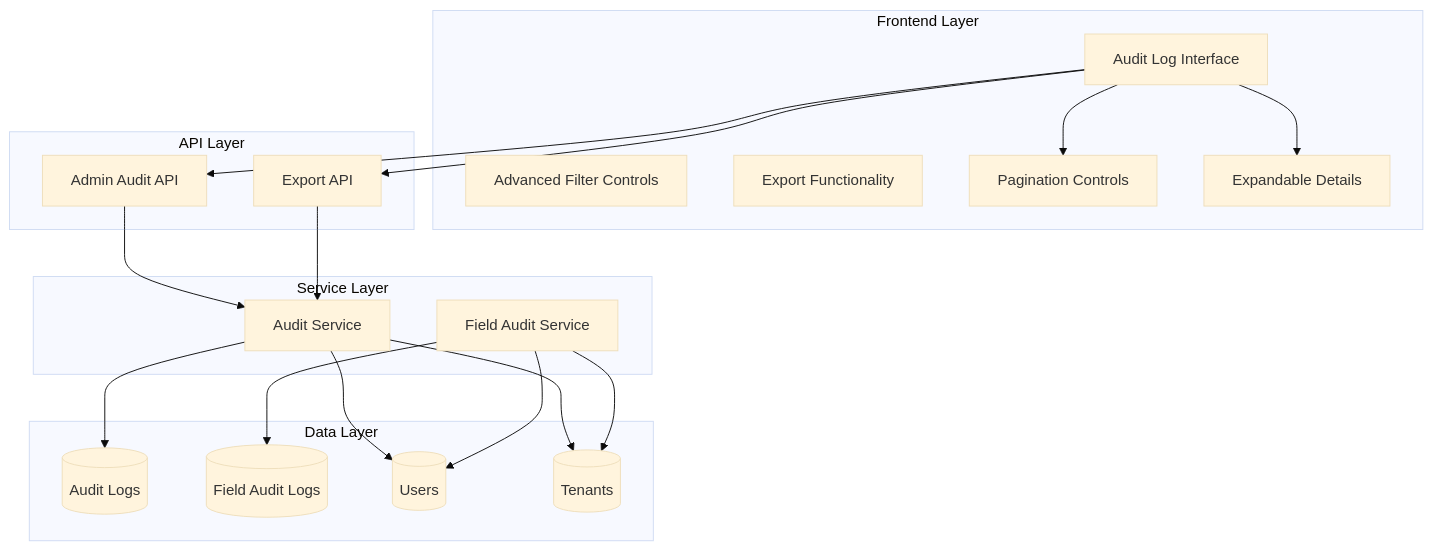
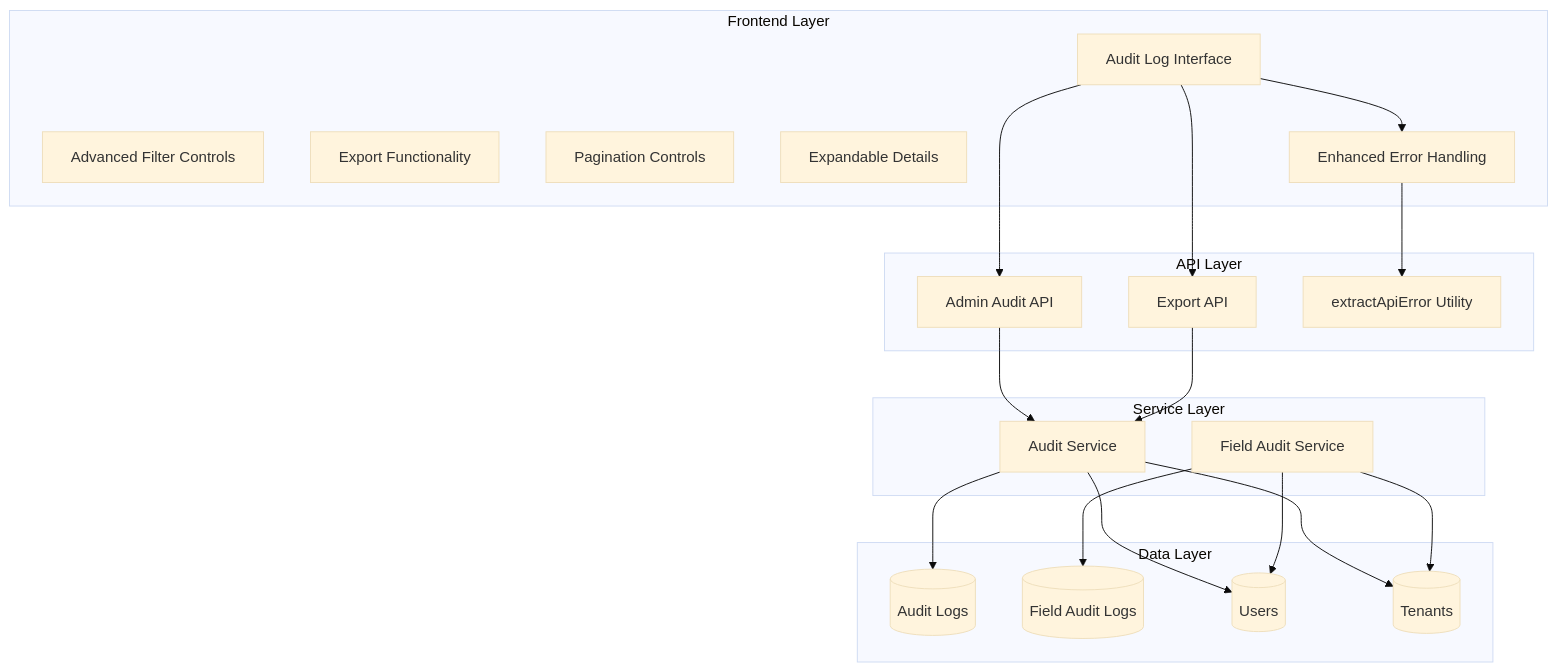
Before and after one commit to Revanththetalogics/aireume: the first of 14 diagrams in .qoder/repowiki/en/content/Frontend Architecture/Audit Log Management.md, drawn with Mermaid (base theme). The commit also changed other lines of this file and 9 other files, not shown here.

````diff
--- a/.qoder/repowiki/en/content/Frontend Architecture/Audit Log Management.md
+++ b/.qoder/repowiki/en/content/Frontend Architecture/Audit Log Management.md
@@ -55,36 +57,38 @@
 ```mermaid
 graph TB
 subgraph "Frontend Layer"
 UI[Audit Log Interface]
 Filters[Advanced Filter Controls]
 Export[Export Functionality]
 Pagination[Pagination Controls]
 Details[Expandable Details]
+ErrorHandling[Enhanced Error Handling]
 end
 subgraph "API Layer"
 AdminAPI[Admin Audit API]
 ExportAPI[Export API]
+Utility[extractApiError Utility]
 end
 subgraph "Service Layer"
 AuditService[Audit Service]
 FieldService[Field Audit Service]
 end
 subgraph "Data Layer"
 AuditLog[(Audit Logs)]
 FieldAuditLog[(Field Audit Logs)]
 User[(Users)]
 Tenant[(Tenants)]
 end
 UI --> AdminAPI
 UI --> ExportAPI
-UI --> Pagination
-UI --> Details
+UI --> ErrorHandling
 AdminAPI --> AuditService
 ExportAPI --> AuditService
+ErrorHandling --> Utility
 AuditService --> AuditLog
 AuditService --> User
 AuditService --> Tenant
 FieldService --> FieldAuditLog
 FieldService --> User
 FieldService --> Tenant
 ```
````
